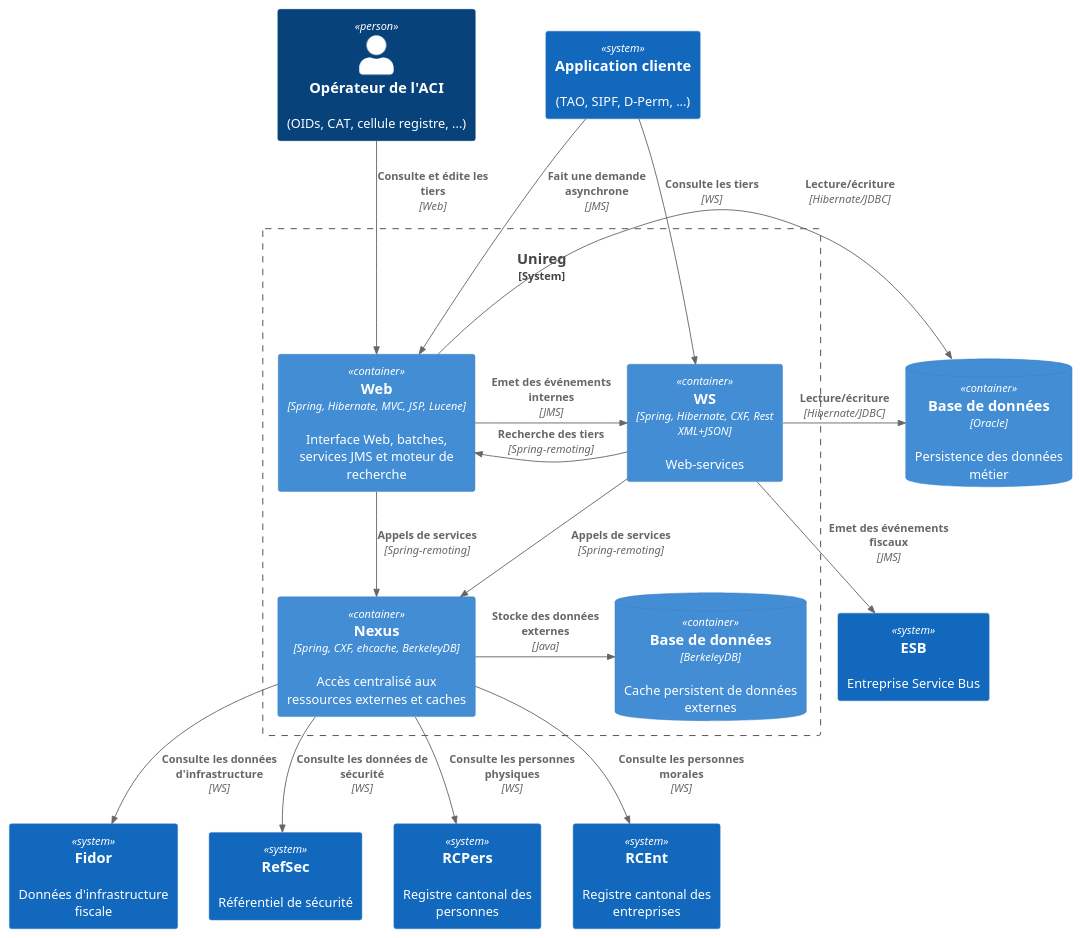
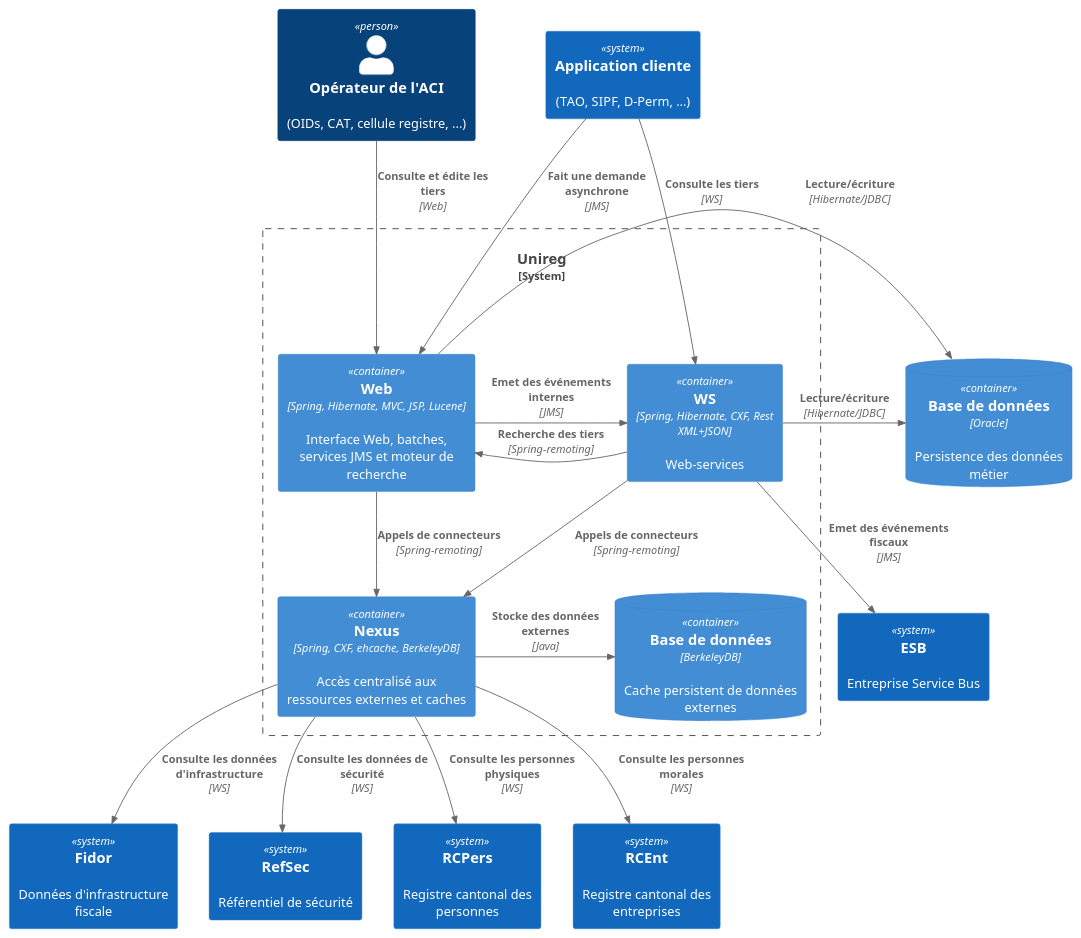
Before and after one commit to dmama/etv-reguni: the diagram in base/doc/diagrams/02_unireg_container_diagram.puml, drawn with PlantUML. The commit also changed 1 other file, not shown here.

```diff
--- a/base/doc/diagrams/02_unireg_container_diagram.puml
+++ b/base/doc/diagrams/02_unireg_container_diagram.puml
@@ -1,43 +1,43 @@
 @startuml 02_unireg_container_diagram
 !include c4/C4_Container.puml
 
 Person(personAlias, "Opérateur de l'ACI", "(OIDs, CAT, cellule registre, ...)")
 System(systemClient, "Application cliente", "(TAO, SIPF, D-Perm, ...)")
 ContainerDb(oracleDB, "Base de données", "Oracle", "Persistence des données métier")
 
 
 System_Boundary(c1, "Unireg") {
     Container(uniregNexus, "Nexus", "Spring, CXF, ehcache, BerkeleyDB", "Accès centralisé aux ressources externes et caches")
 	Container(uniregWeb, "Web", "Spring, Hibernate, MVC, JSP, Lucene", "Interface Web, batches, services JMS et moteur de recherche")
 	Container(uniregWS, "WS", "Spring, Hibernate, CXF, Rest XML+JSON", "Web-services")
 	ContainerDb(berkeleyDB, "Base de données", "BerkeleyDB", "Cache persistent de données externes")
 }
 
 System(systemESB, "ESB", "Entreprise Service Bus")
 System(systemFidor, "Fidor", "Données d'infrastructure fiscale")
 System(systemRefSec, "RefSec", "Référentiel de sécurité")
 System(systemRCPers, "RCPers", "Registre cantonal des personnes")
 System(systemRCEnt, "RCEnt", "Registre cantonal des entreprises")
 
-Rel(uniregWeb, uniregNexus, "Appels de services", "Spring-remoting")
+Rel(uniregWeb, uniregNexus, "Appels de connecteurs", "Spring-remoting")
 Rel_R(uniregWeb, oracleDB, "Lecture/écriture", "Hibernate/JDBC")
 Rel_R(uniregWeb, uniregWS, "Emet des événements internes", "JMS")
 
-Rel(uniregWS, uniregNexus, "Appels de services", "Spring-remoting")
+Rel(uniregWS, uniregNexus, "Appels de connecteurs", "Spring-remoting")
 Rel_L(uniregWS, uniregWeb, "Recherche des tiers", "Spring-remoting")
 Rel_R(uniregWS, oracleDB, "Lecture/écriture", "Hibernate/JDBC")
 Rel_D(uniregWS, systemESB, "Emet des événements fiscaux", "JMS")
 
 Rel(uniregNexus, systemFidor, "Consulte les données d'infrastructure", "WS")
 Rel(uniregNexus, systemRefSec, "Consulte les données de sécurité", "WS")
 Rel(uniregNexus, systemRCPers, "Consulte les personnes physiques", "WS")
 Rel(uniregNexus, systemRCEnt, "Consulte les personnes morales", "WS")
 Rel_R(uniregNexus, berkeleyDB, "Stocke des données externes", "Java")
 
 Rel_D(personAlias, uniregWeb, "Consulte et édite les tiers", "Web")
 Rel_D(systemClient, uniregWS, "Consulte les tiers", "WS")
 Rel_D(systemClient, uniregWeb, "Fait une demande asynchrone", "JMS")
 
 
 
 @enduml
```
